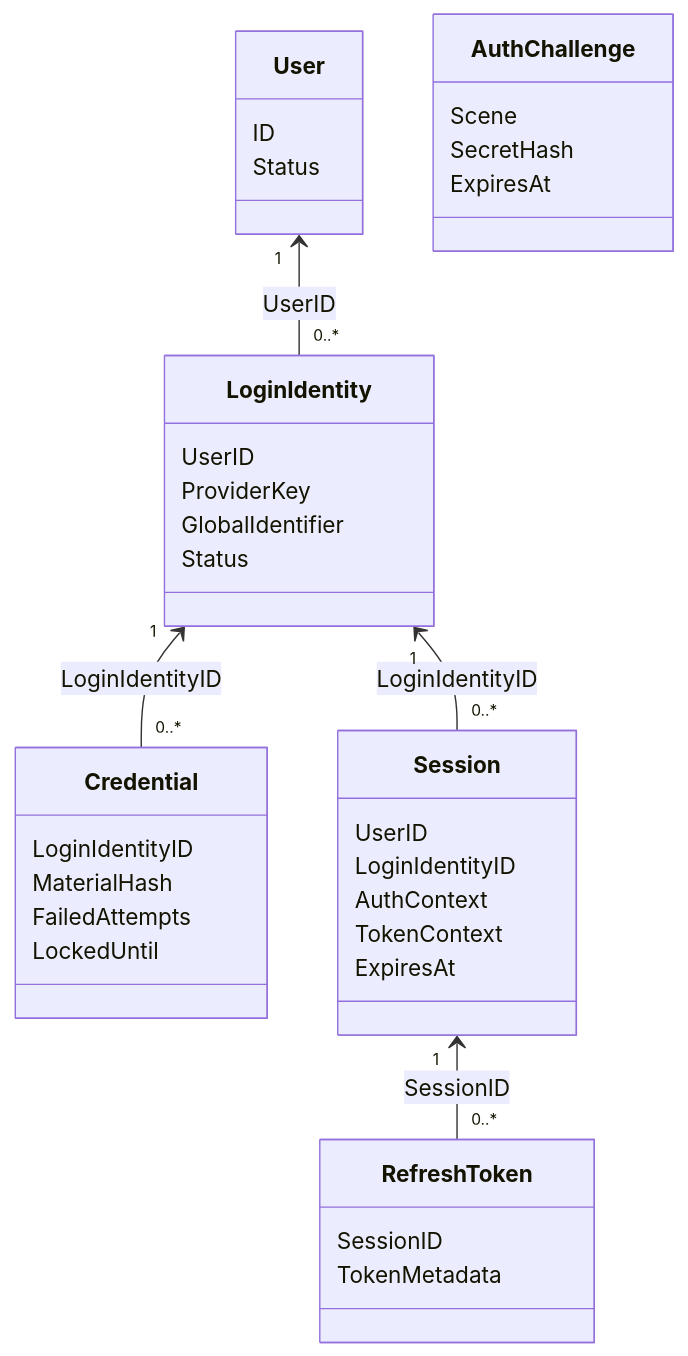
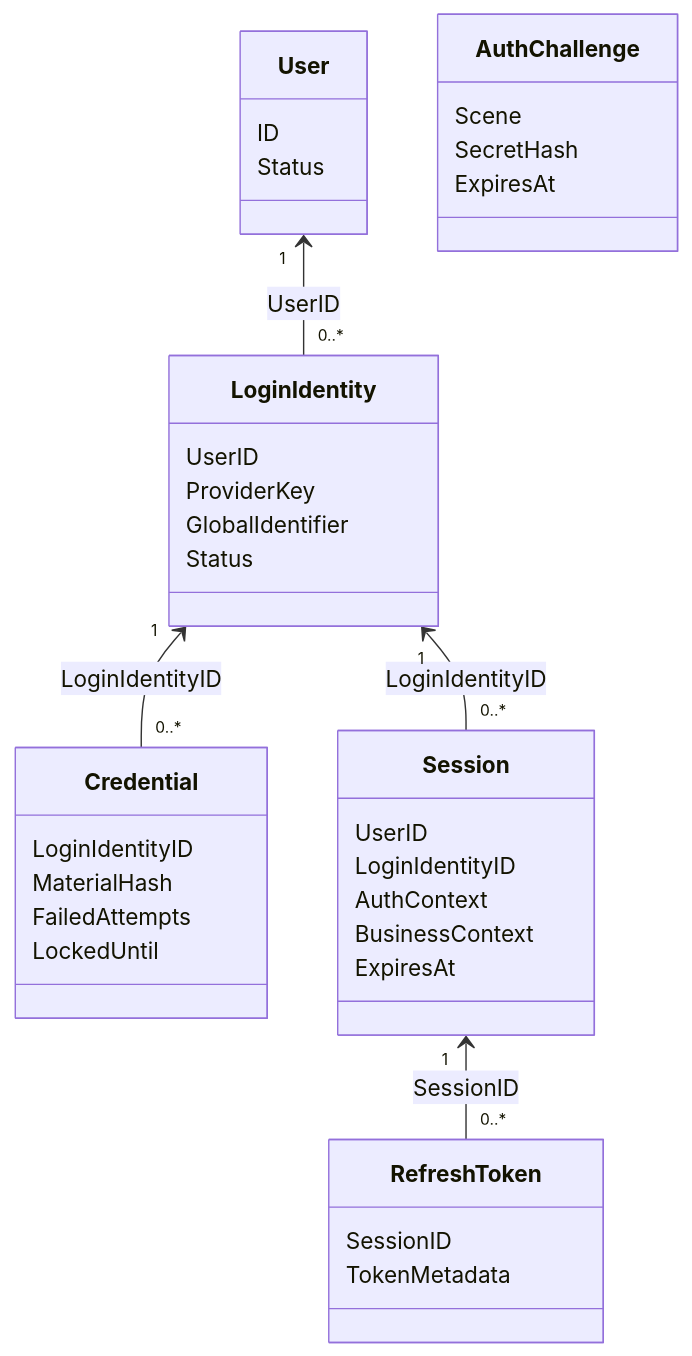
Before and after one commit to FangcunMount/iam-contracts: the first of 2 diagrams in docs/02-业务模块/02-AuthN/01-领域模型与认证策略.md, drawn with Mermaid. The commit also changed other lines of this file and 49 other files, not shown here.

Commit message:
refactor(authn): 在会话管理中将 TokenContext 替换为 BusinessContext - 更新了身份验证流程，移除 TokenContext 并引入 BusinessContext 进行会话管理。 - 调整了相关 API 文档，以反映身份验证方法和载荷结构的变化。 - 修改了会话创建和处理逻辑，以适应新的 BusinessContext，同时确保与现有功能的向后兼性。 - 清理了相关测试，使其与新会话结构和上下文处理保持一致。

````diff
--- a/docs/02-业务模块/02-AuthN/01-领域模型与认证策略.md
+++ b/docs/02-业务模块/02-AuthN/01-领域模型与认证策略.md
@@ -34,40 +34,40 @@
 ```mermaid
 classDiagram
     direction TB
     class User {
         ID
         Status
     }
     class LoginIdentity {
         UserID
         ProviderKey
         GlobalIdentifier
         Status
     }
     class Credential {
         LoginIdentityID
         MaterialHash
         FailedAttempts
         LockedUntil
     }
     class Session {
         UserID
         LoginIdentityID
         AuthContext
-        TokenContext
+        BusinessContext
         ExpiresAt
     }
     class RefreshToken {
         SessionID
         TokenMetadata
     }
     class AuthChallenge {
         Scene
         SecretHash
         ExpiresAt
     }
     User "1" <-- "0..*" LoginIdentity : UserID
     LoginIdentity "1" <-- "0..*" Credential : LoginIdentityID
     LoginIdentity "1" <-- "0..*" Session : LoginIdentityID
     Session "1" <-- "0..*" RefreshToken : SessionID
 ```
````
